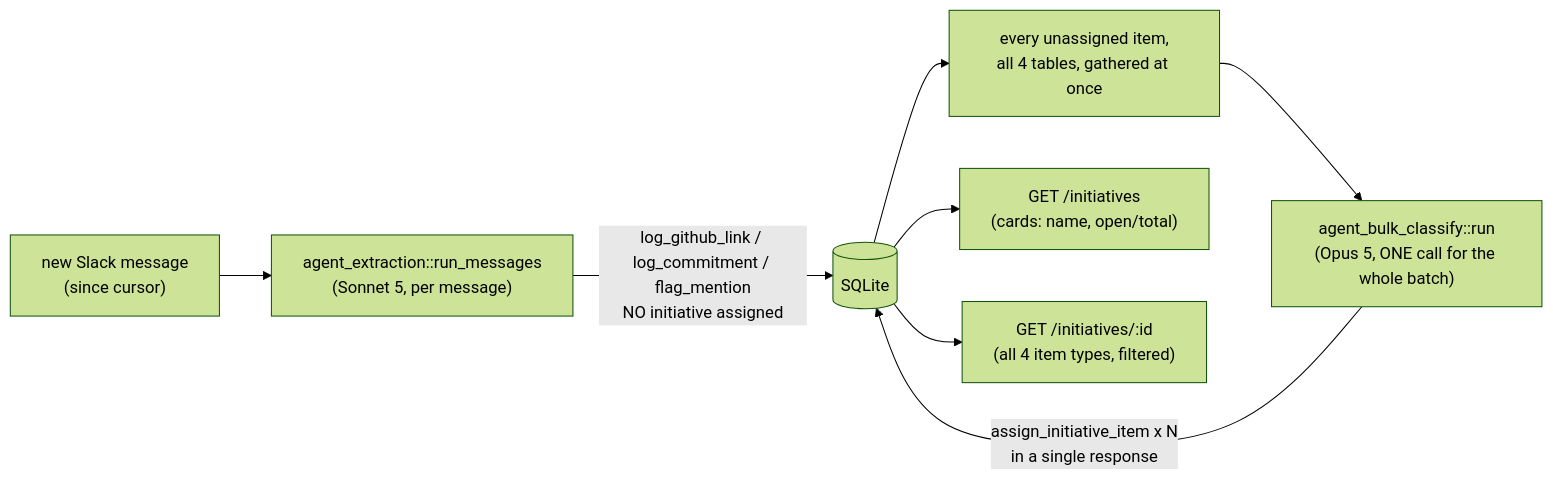
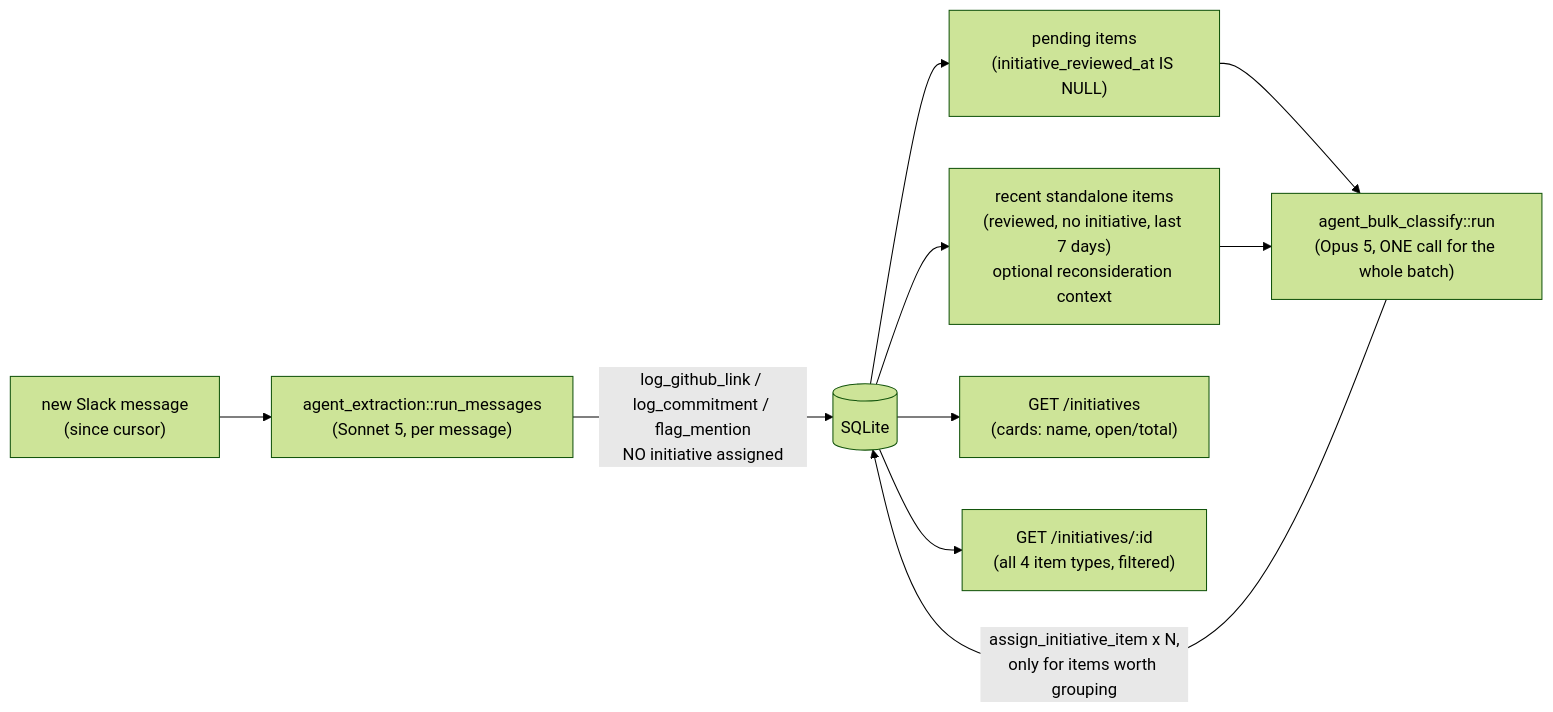
One commit to JonathanLorimer/cos changed the fourth of 7 diagrams in ARCHITECTURE.md. Above: the diagram before and after it, drawn with Mermaid (forest theme). The commit also changed other lines of this file and 9 other files, not shown here.

Commit message:
run bulk on same poller, better linear, proper closing handling

````diff
--- a/ARCHITECTURE.md
+++ b/ARCHITECTURE.md
@@ -135,10 +159,12 @@
 ```mermaid
 flowchart LR
     Msg["new Slack message\n(since cursor)"] --> AE["agent_extraction::run_messages\n(Sonnet 5, per message)"]
     AE -->|log_github_link / log_commitment / flag_mention\nNO initiative assigned| DB[(SQLite)]
-    DB --> Unassigned["every unassigned item,\nall 4 tables, gathered at once"]
-    Unassigned --> ABC["agent_bulk_classify::run\n(Opus 5, ONE call for the whole batch)"]
-    ABC -->|assign_initiative_item x N\nin a single response| DB
+    DB --> Pending["pending items\n(initiative_reviewed_at IS NULL)"]
+    DB --> Standalone["recent standalone items\n(reviewed, no initiative, last 7 days)\noptional reconsideration context"]
+    Pending --> ABC["agent_bulk_classify::run\n(Opus 5, ONE call for the whole batch)"]
+    Standalone --> ABC
+    ABC -->|assign_initiative_item x N,\nonly for items worth grouping| DB
     DB --> List["GET /initiatives\n(cards: name, open/total)"]
     DB --> Detail["GET /initiatives/:id\n(all 4 item types, filtered)"]
 ```
````
